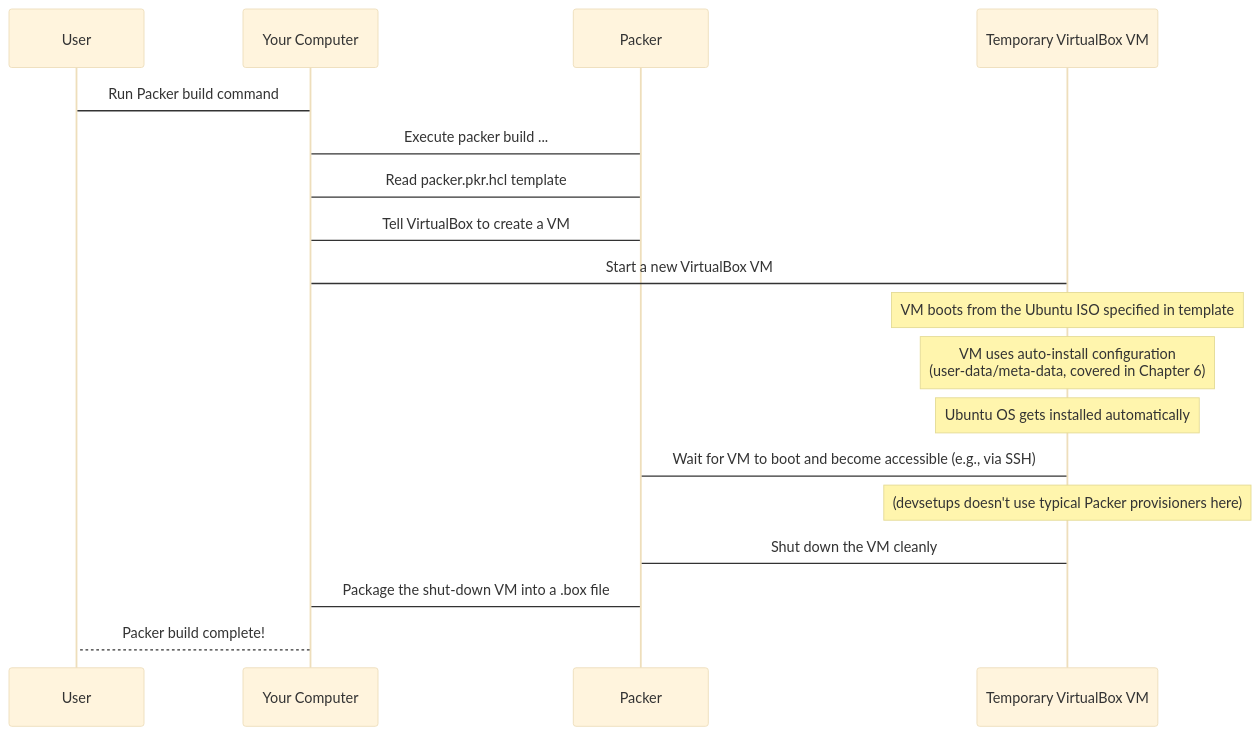
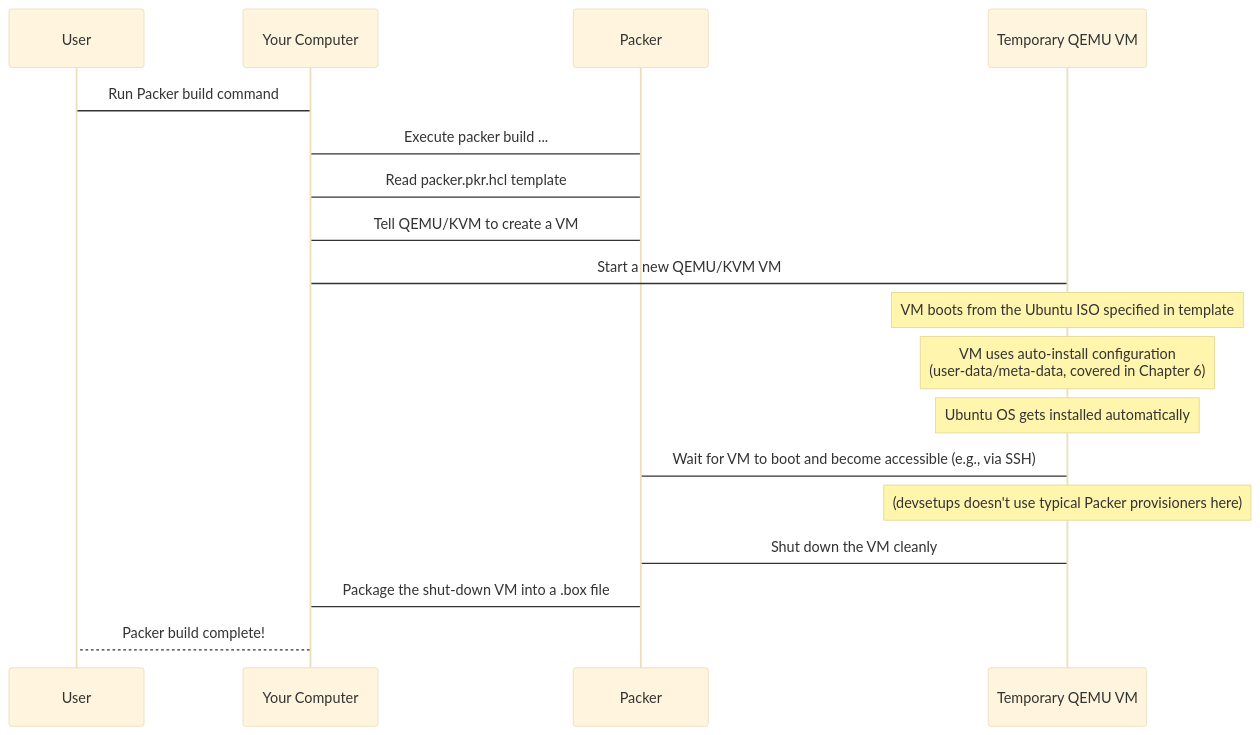
Before and after one commit to arslan-qamar/devsetups: the diagram in codebase tutorial/02_packer_.md, drawn with Mermaid (base theme). The commit also changed other lines of this file and 29 other files, not shown here.

````diff
--- a/codebase tutorial/02_packer_.md
+++ b/codebase tutorial/02_packer_.md
@@ -33,22 +33,22 @@
 ```mermaid
 sequenceDiagram
     participant User
     participant HostVM as Your Computer
     participant PackerTool as Packer
-    participant TempVM as Temporary VirtualBox VM
+    participant TempVM as Temporary QEMU VM
 
     User->HostVM: Run Packer build command
     HostVM->PackerTool: Execute packer build ...
     PackerTool->HostVM: Read packer.pkr.hcl template
-    PackerTool->HostVM: Tell VirtualBox to create a VM
-    HostVM->TempVM: Start a new VirtualBox VM
+    PackerTool->HostVM: Tell QEMU/KVM to create a VM
+    HostVM->TempVM: Start a new QEMU/KVM VM
     Note over TempVM: VM boots from the Ubuntu ISO specified in template
     Note over TempVM: VM uses auto-install configuration<br/>(user-data/meta-data, covered in Chapter 6)
     Note over TempVM: Ubuntu OS gets installed automatically
     PackerTool->TempVM: Wait for VM to boot and become accessible (e.g., via SSH)
     Note over TempVM: (devsetups doesn't use typical Packer provisioners here)
     PackerTool->TempVM: Shut down the VM cleanly
     PackerTool->HostVM: Package the shut-down VM into a .box file
     HostVM-->User: Packer build complete!
 
 ```
````
